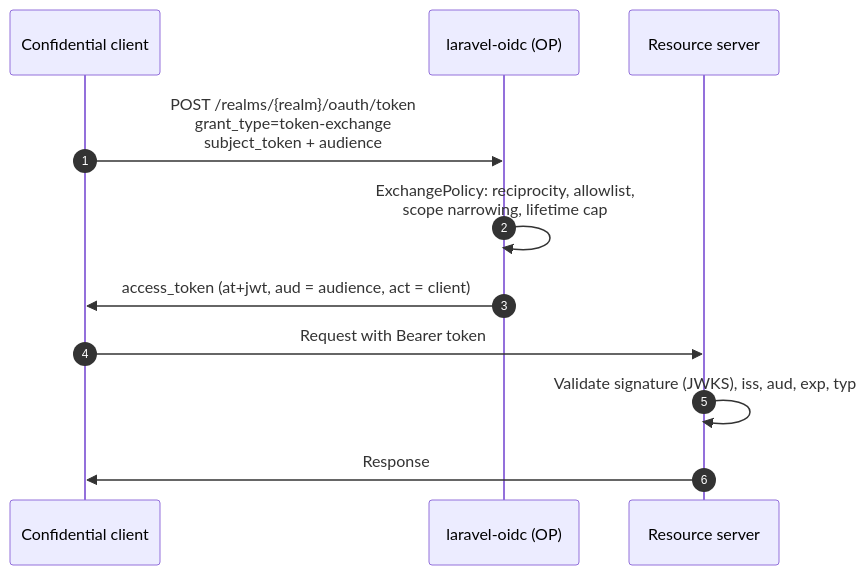
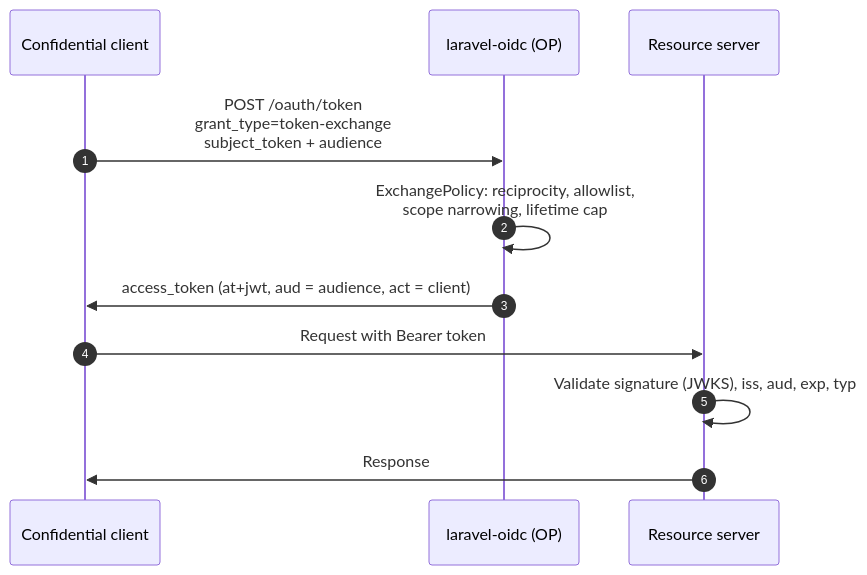
Before and after one commit to bambamboole/laravel-oidc: the diagram in docs/content/docs/provider/token-exchange.md, drawn with Mermaid. The commit also changed other lines of this file and 69 other files, not shown here.

````diff
--- a/docs/content/docs/provider/token-exchange.md
+++ b/docs/content/docs/provider/token-exchange.md
@@ -16,14 +16,14 @@
 ```mermaid
 sequenceDiagram
     autonumber
     participant C as Confidential client
     participant OP as laravel-oidc (OP)
     participant RS as Resource server
 
-    C->>OP: POST /realms/{realm}/oauth/token<br/>grant_type=token-exchange<br/>subject_token + audience
+    C->>OP: POST /oauth/token<br/>grant_type=token-exchange<br/>subject_token + audience
     OP->>OP: ExchangePolicy: reciprocity, allowlist,<br/>scope narrowing, lifetime cap
     OP->>C: access_token (at+jwt, aud = audience, act = client)
     C->>RS: Request with Bearer token
     RS->>RS: Validate signature (JWKS), iss, aud, exp, typ
     RS->>C: Response
 ```
````
